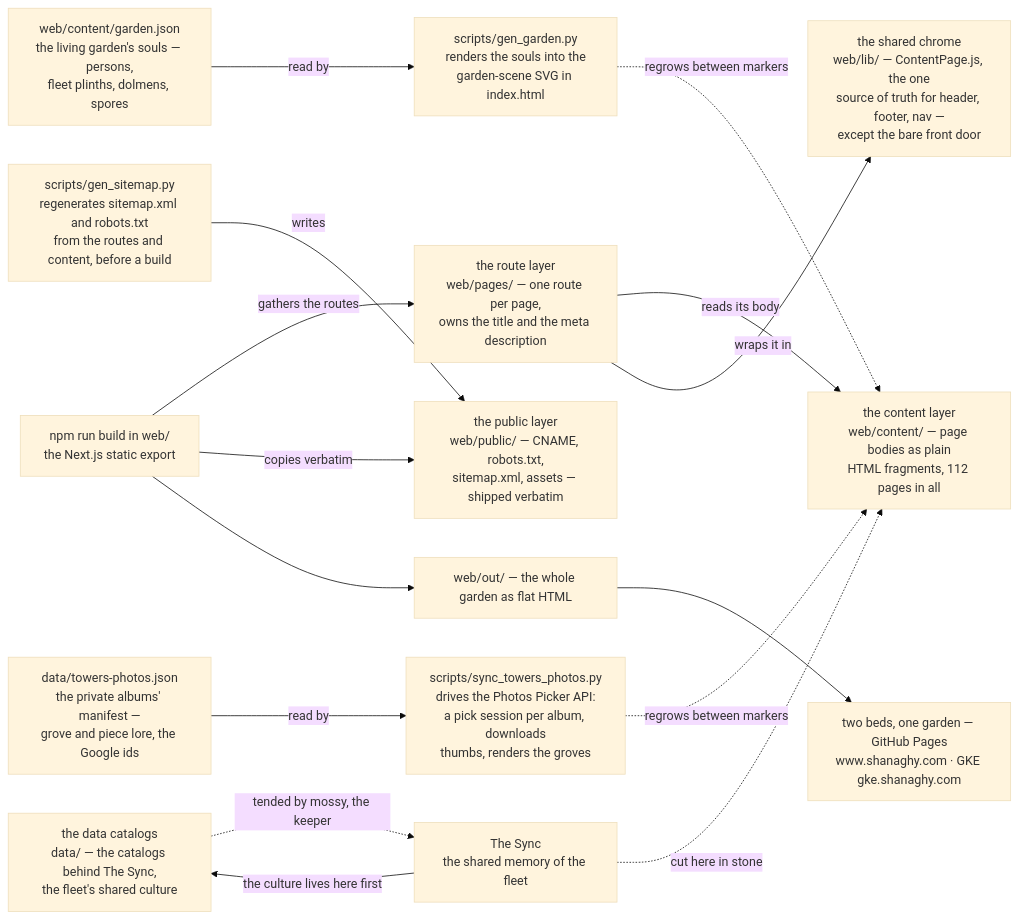
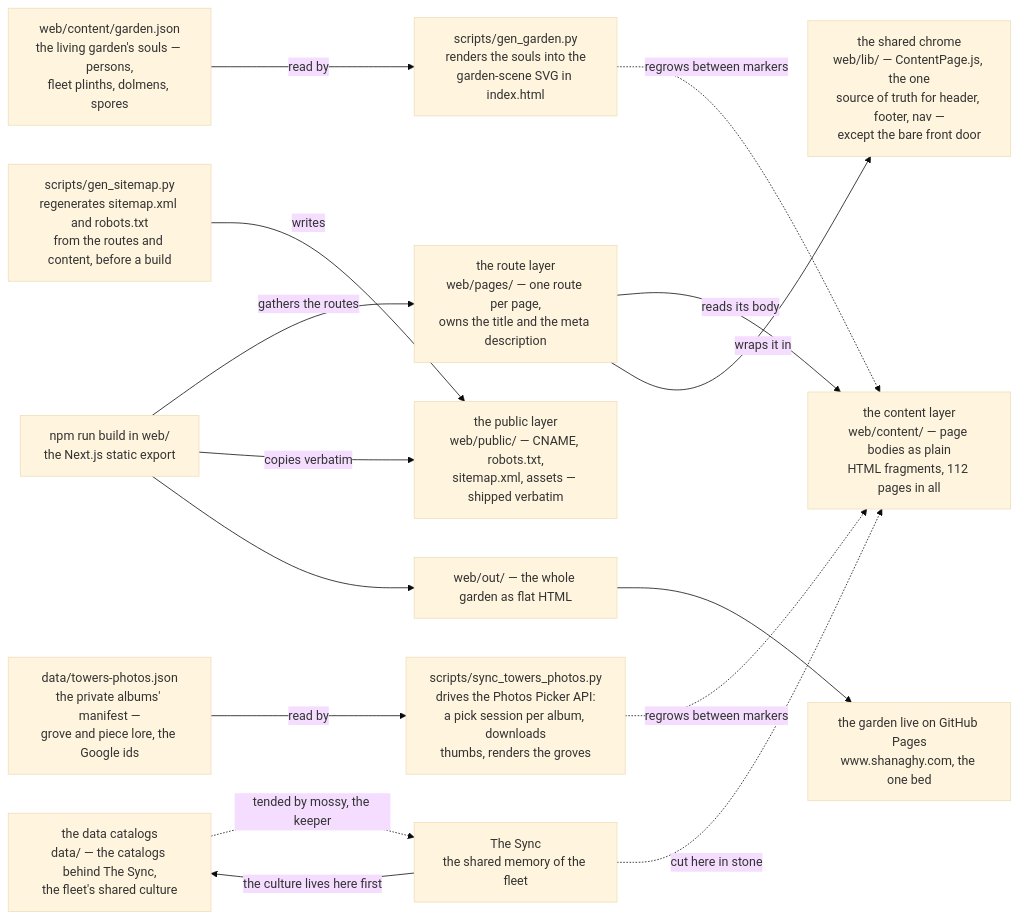
Before and after one commit to declanshanaghy/shanaghy.com: the second of 6 diagrams in README.md, drawn with Mermaid (base theme). The commit also changed other lines of this file and 11 other files, not shown here.

Commit message:
site: fold the parallel gke bed back into the earth, pages keeps the garden alone

````diff
--- a/README.md
+++ b/README.md
@@ -112,31 +105,31 @@
 ```mermaid
 flowchart LR
     bodies["the content layer<br/>web/content/ — page bodies as plain<br/>HTML fragments, 112 pages in all"]
     route["the route layer<br/>web/pages/ — one route per page,<br/>owns the title and the meta description"]
     chrome["the shared chrome<br/>web/lib/ — ContentPage.js, the one<br/>source of truth for header, footer, nav —<br/>except the bare front door"]
     pub["the public layer<br/>web/public/ — CNAME, robots.txt,<br/>sitemap.xml, assets — shipped verbatim"]
     cat["the data catalogs<br/>data/ — the catalogs behind The Sync,<br/>the fleet's shared culture"]
     gen["scripts/gen_sitemap.py<br/>regenerates sitemap.xml and robots.txt<br/>from the routes and content, before a build"]
     gardenj["web/content/garden.json<br/>the living garden's souls — persons,<br/>fleet plinths, dolmens, spores"]
     geng["scripts/gen_garden.py<br/>renders the souls into the<br/>garden-scene SVG in index.html"]
     sync["The Sync<br/>the shared memory of the fleet"]
     nextb["npm run build in web/<br/>the Next.js static export"]
     out["web/out/ — the whole garden as flat HTML"]
-    live["two beds, one garden — GitHub Pages<br/>www.shanaghy.com · GKE gke.shanaghy.com"]
+    live["the garden live on GitHub Pages<br/>www.shanaghy.com, the one bed"]
     route -->|"reads its body"| bodies
     route -->|"wraps it in"| chrome
     gen -->|"writes"| pub
     gardenj -->|"read by"| geng
     geng -.->|"regrows between markers"| bodies
     towersj["data/towers-photos.json<br/>the private albums' manifest —<br/>grove and piece lore, the Google ids"]
     syncp["scripts/sync_towers_photos.py<br/>drives the Photos Picker API:<br/>a pick session per album, downloads<br/>thumbs, renders the groves"]
     towersj -->|"read by"| syncp
     syncp -.->|"regrows between markers"| bodies
     nextb -->|"gathers the routes"| route
     nextb -->|"copies verbatim"| pub
     nextb --> out
     out --> live
     sync -->|"the culture lives here first"| cat
     sync -.->|"cut here in stone"| bodies
     cat -.->|"tended by mossy, the keeper"| sync
 ```
````
